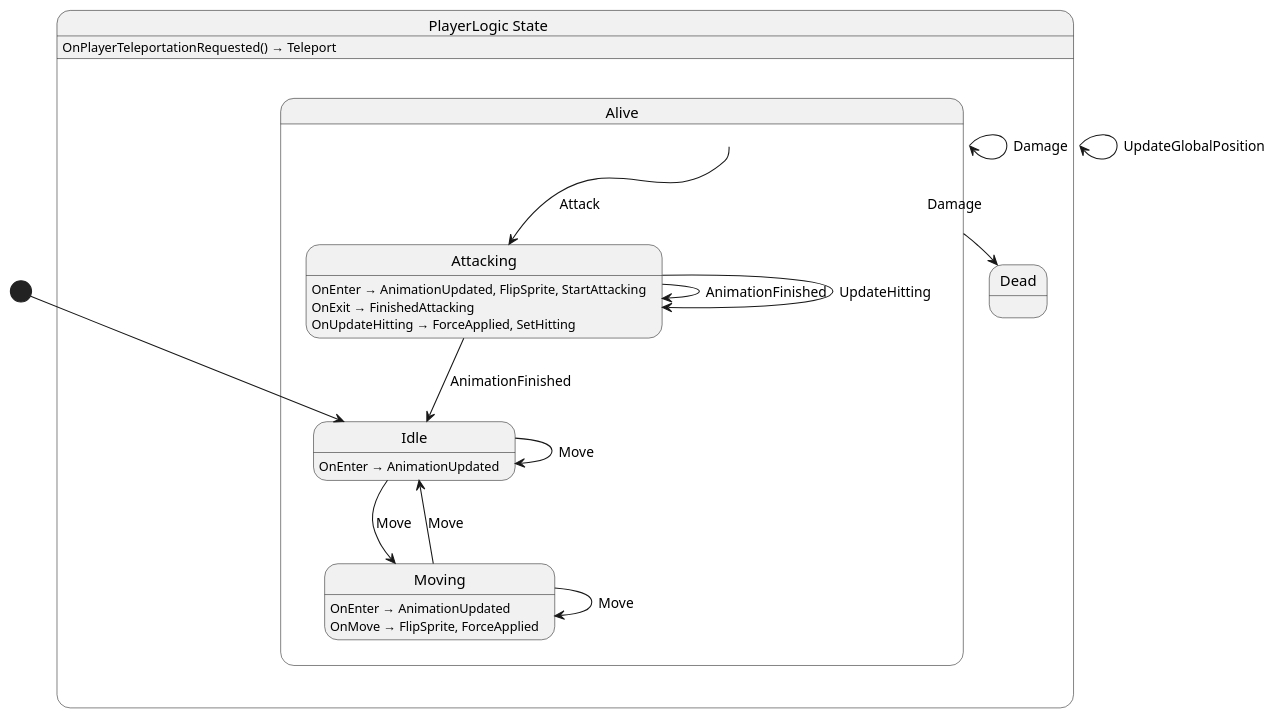
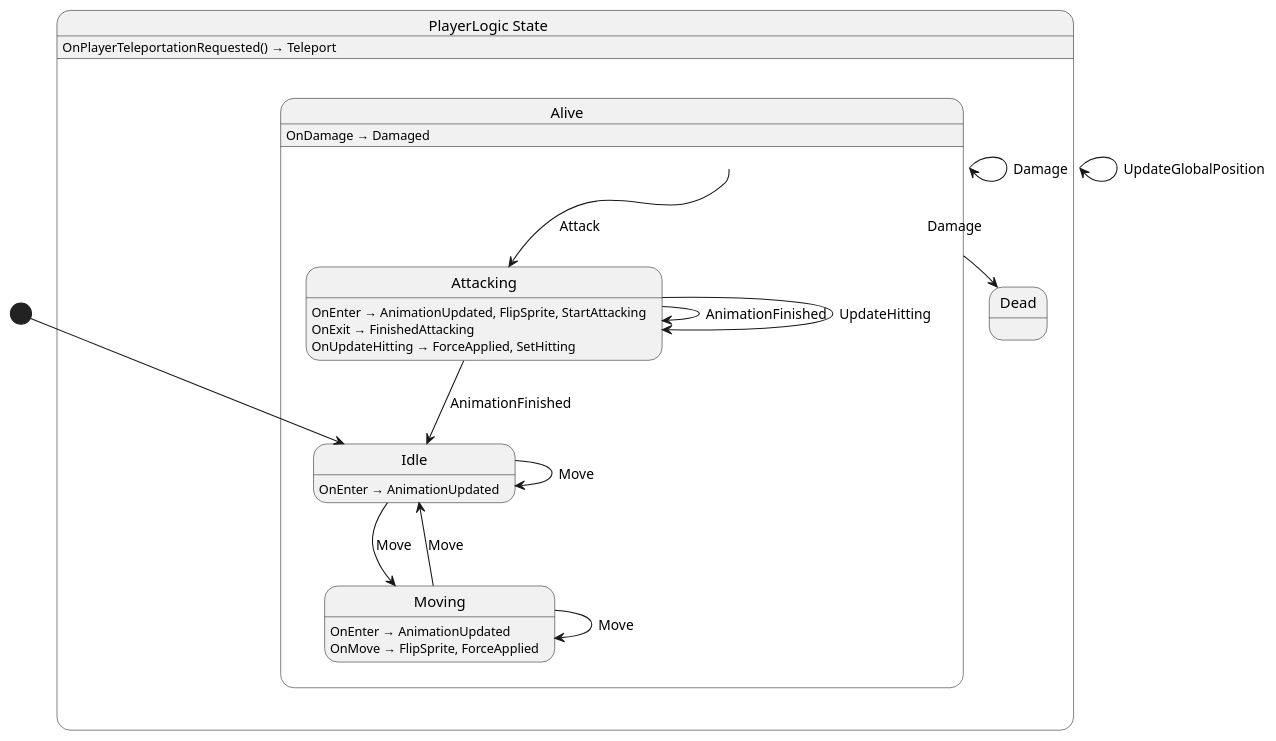
The diagram in src/player/state/PlayerLogic.g.puml (nilsiker/godot-wild-jam-77), drawn with PlantUML before and after one commit. The commit also changed 14 other files, not shown here.

```diff
--- a/src/player/state/PlayerLogic.g.puml
+++ b/src/player/state/PlayerLogic.g.puml
@@ -1,32 +1,33 @@
 @startuml PlayerLogic
 state "PlayerLogic State" as Nevergreen_PlayerLogic_State {
   state "Alive" as Nevergreen_PlayerLogic_State_Alive {
     state "Attacking" as Nevergreen_PlayerLogic_State_Alive_Attacking
     state "Idle" as Nevergreen_PlayerLogic_State_Alive_Idle
     state "Moving" as Nevergreen_PlayerLogic_State_Alive_Moving
   }
   state "Dead" as Nevergreen_PlayerLogic_State_Dead
 }
 
 Nevergreen_PlayerLogic_State --> Nevergreen_PlayerLogic_State : UpdateGlobalPosition
 Nevergreen_PlayerLogic_State_Alive --> Nevergreen_PlayerLogic_State_Alive : Damage
 Nevergreen_PlayerLogic_State_Alive --> Nevergreen_PlayerLogic_State_Alive_Attacking : Attack
 Nevergreen_PlayerLogic_State_Alive --> Nevergreen_PlayerLogic_State_Dead : Damage
 Nevergreen_PlayerLogic_State_Alive_Attacking --> Nevergreen_PlayerLogic_State_Alive_Attacking : AnimationFinished
 Nevergreen_PlayerLogic_State_Alive_Attacking --> Nevergreen_PlayerLogic_State_Alive_Attacking : UpdateHitting
 Nevergreen_PlayerLogic_State_Alive_Attacking --> Nevergreen_PlayerLogic_State_Alive_Idle : AnimationFinished
 Nevergreen_PlayerLogic_State_Alive_Idle --> Nevergreen_PlayerLogic_State_Alive_Idle : Move
 Nevergreen_PlayerLogic_State_Alive_Idle --> Nevergreen_PlayerLogic_State_Alive_Moving : Move
 Nevergreen_PlayerLogic_State_Alive_Moving --> Nevergreen_PlayerLogic_State_Alive_Idle : Move
 Nevergreen_PlayerLogic_State_Alive_Moving --> Nevergreen_PlayerLogic_State_Alive_Moving : Move
 
 Nevergreen_PlayerLogic_State : OnPlayerTeleportationRequested() → Teleport
+Nevergreen_PlayerLogic_State_Alive : OnDamage → Damaged
 Nevergreen_PlayerLogic_State_Alive_Attacking : OnEnter → AnimationUpdated, FlipSprite, StartAttacking
 Nevergreen_PlayerLogic_State_Alive_Attacking : OnExit → FinishedAttacking
 Nevergreen_PlayerLogic_State_Alive_Attacking : OnUpdateHitting → ForceApplied, SetHitting
 Nevergreen_PlayerLogic_State_Alive_Idle : OnEnter → AnimationUpdated
 Nevergreen_PlayerLogic_State_Alive_Moving : OnEnter → AnimationUpdated
 Nevergreen_PlayerLogic_State_Alive_Moving : OnMove → FlipSprite, ForceApplied
 
 [*] --> Nevergreen_PlayerLogic_State_Alive_Idle
 @enduml
```
